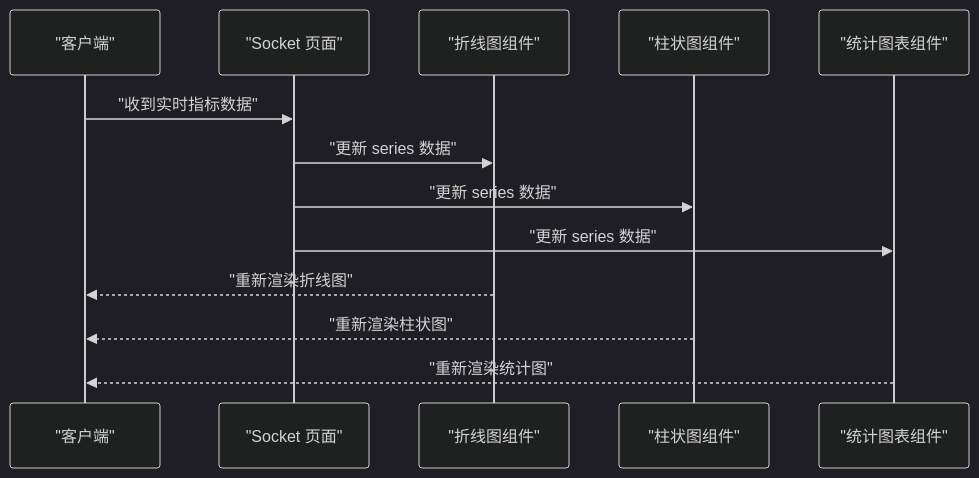
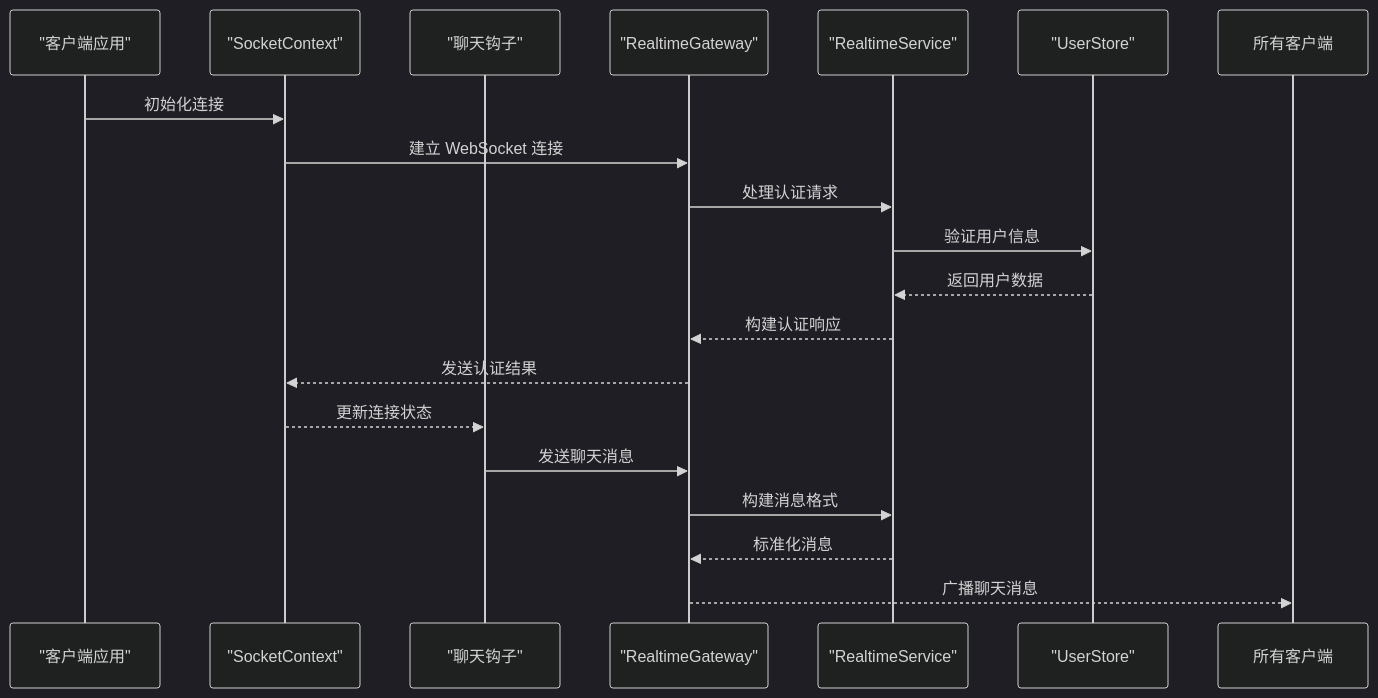
One commit to HAOFUYANG/nextjs-admin changed the second of 4 diagrams in .qoder/repowiki/zh/content/数据库集成/API 接口设计/Socket 通信 API.md. Above: the diagram before and after it, drawn with Mermaid (dark theme). The commit also changed other lines of this file and 6 other files, not shown here.

````diff
--- a/.qoder/repowiki/zh/content/数据库集成/API 接口设计/Socket 通信 API.md
+++ b/.qoder/repowiki/zh/content/数据库集成/API 接口设计/Socket 通信 API.md
@@ -162,15 +124,21 @@
 ```mermaid
 sequenceDiagram
-participant C as "客户端"
-participant P as "Socket 页面"
-participant L as "折线图组件"
-participant B as "柱状图组件"
-participant S as "统计图表组件"
-C->>P : "收到实时指标数据"
-P->>L : "更新 series 数据"
-P->>B : "更新 series 数据"
-P->>S : "更新 series 数据"
-L-->>C : "重新渲染折线图"
-B-->>C : "重新渲染柱状图"
-S-->>C : "重新渲染统计图"
+participant Client as "客户端应用"
+participant SocketCtx as "SocketContext"
+participant ChatHook as "聊天钩子"
+participant Gateway as "RealtimeGateway"
+participant Service as "RealtimeService"
+participant Store as "UserStore"
+Client->>SocketCtx : 初始化连接
+SocketCtx->>Gateway : 建立 WebSocket 连接
+Gateway->>Service : 处理认证请求
+Service->>Store : 验证用户信息
+Store-->>Service : 返回用户数据
+Service-->>Gateway : 构建认证响应
+Gateway-->>SocketCtx : 发送认证结果
+SocketCtx-->>ChatHook : 更新连接状态
+ChatHook->>Gateway : 发送聊天消息
+Gateway->>Service : 构建消息格式
+Service-->>Gateway : 标准化消息
+Gateway-->>所有客户端 : 广播聊天消息
 ```
````
